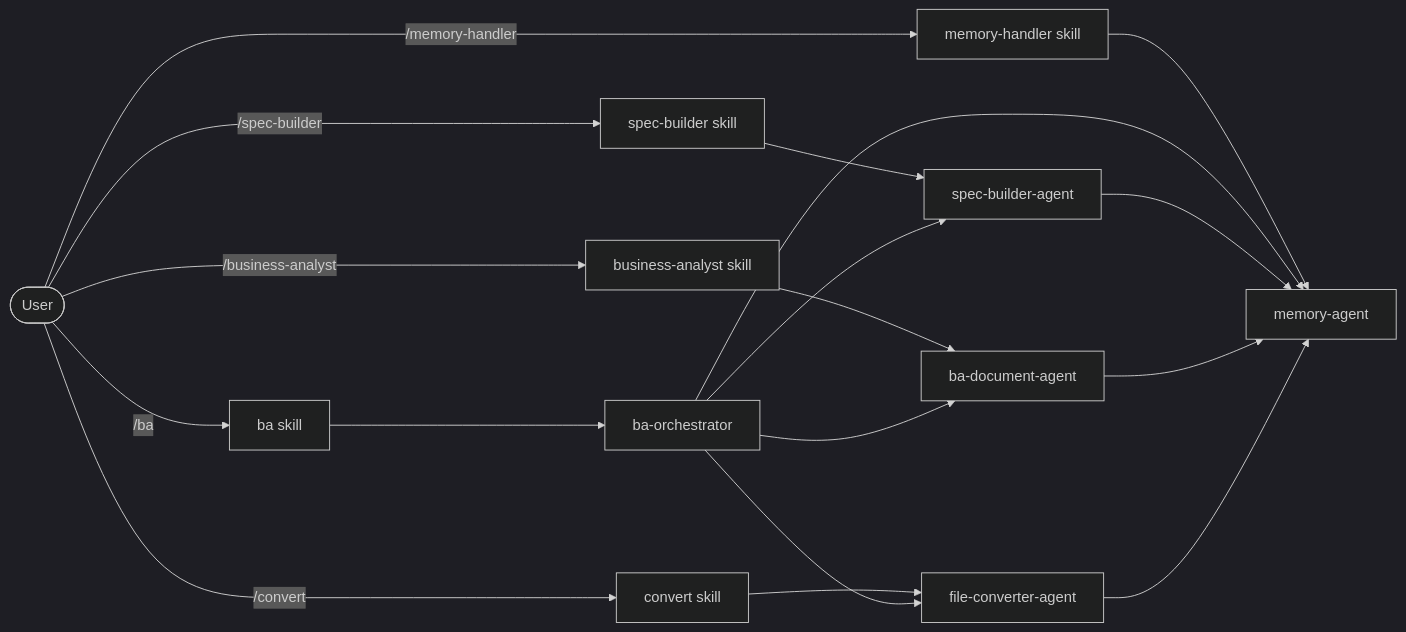
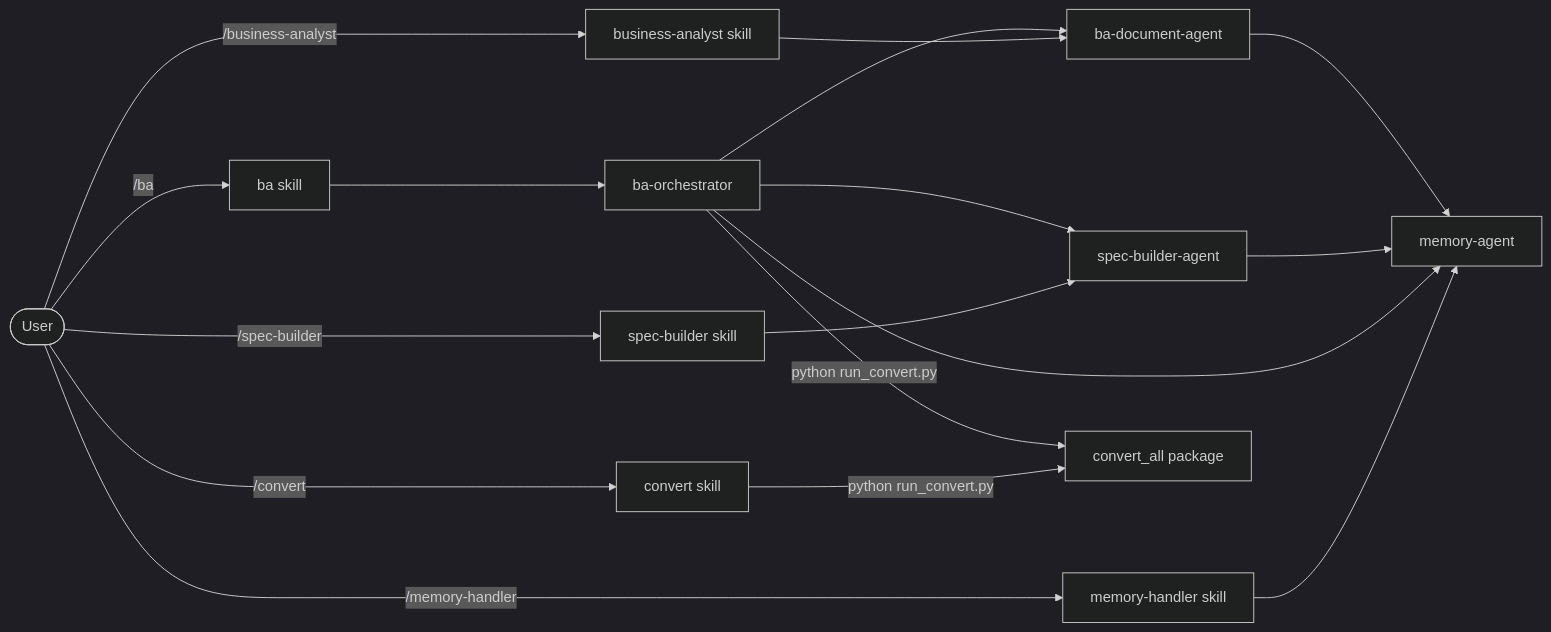
One commit to exphoenee/ba-team-docs changed the diagram in .claude/agents/README.en.md. Above: the diagram before and after it, drawn with Mermaid (dark theme). The commit also changed other lines of this file and 19 other files, not shown here.

````diff
--- a/.claude/agents/README.en.md
+++ b/.claude/agents/README.en.md
@@ -11,23 +11,22 @@
 ```mermaid
 %%{init: {'flowchart': { 'nodeSpacing': 100, 'rankSpacing': 150 } }}%%
 flowchart LR
     U([User]) -->|"/ba"| S1[ba skill]
     U -->|"/spec-builder"| S2[spec-builder skill]
     U -->|"/business-analyst"| S3[business-analyst skill]
     U -->|"/memory-handler"| S4[memory-handler skill]
     U -->|"/convert"| S5[convert skill]
 
     S1 --> A1[ba-orchestrator]
     S2 --> A2[spec-builder-agent]
     S3 --> A3[ba-document-agent]
     S4 --> A4[memory-agent]
-    S5 --> A5[file-converter-agent]
+    S5 -->|"python run_convert.py"| PY[convert_all package]
 
-    A1 --> A5
+    A1 -->|"python run_convert.py"| PY
     A1 --> A4
     A1 --> A2
     A1 --> A3
     A2 --> A4
     A3 --> A4
-    A5 --> A4
 ```
````
